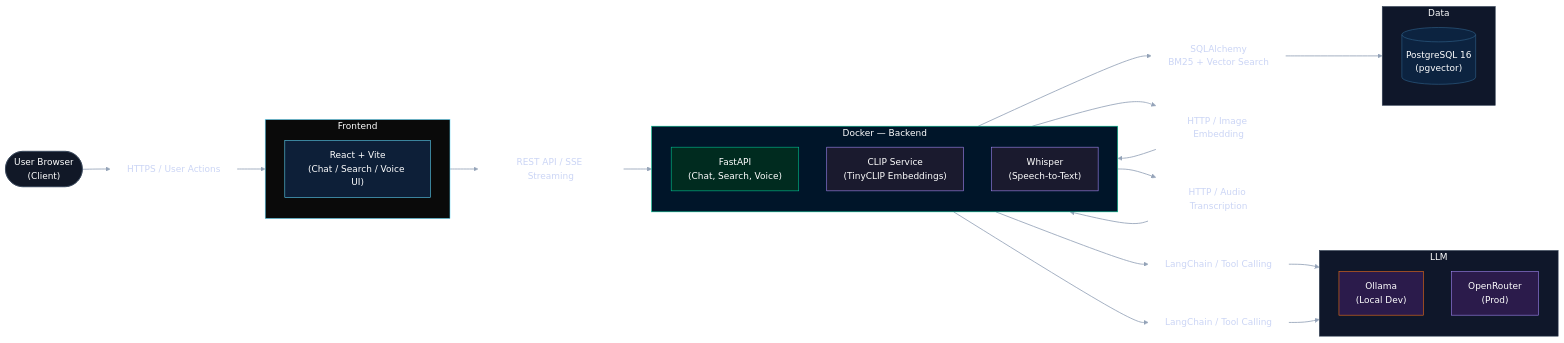
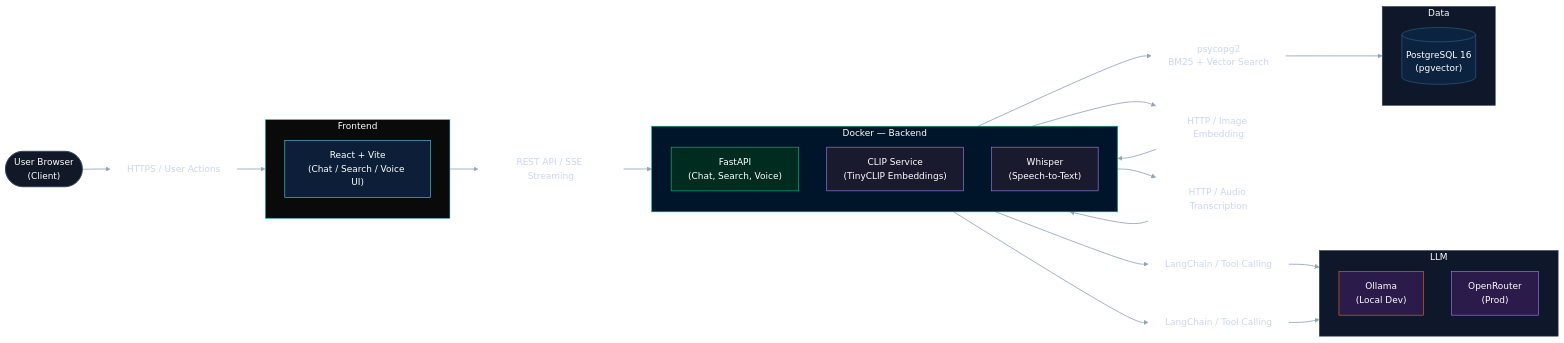
One commit to hua0-richard/ai-agent-ecomm changed the diagram in README.md. Above: the diagram before and after it, drawn with Mermaid. The commit also changed other lines of this file and 1 other file, not shown here.

```diff
--- a/README.md
+++ b/README.md
@@ -64,7 +64,7 @@
 
     L_User_FE["HTTPS / User Actions"]
     L_FE_API["REST API / SSE Streaming"]
-    L_API_DB["SQLAlchemy<br/>BM25 + Vector Search"]
+    L_API_DB["psycopg2<br/>BM25 + Vector Search"]
     L_API_CLIP["HTTP / Image Embedding"]
     L_API_Whisper["HTTP / Audio Transcription"]
     L_API_Ollama["LangChain / Tool Calling"]
```
